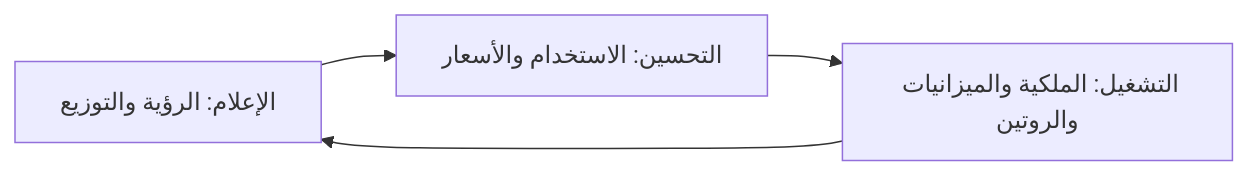
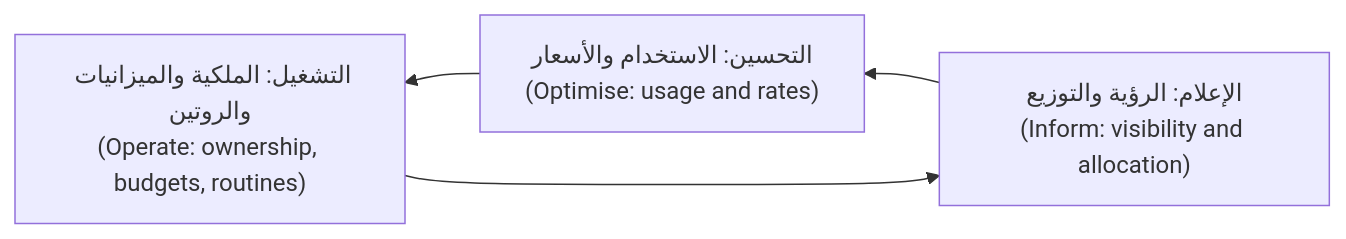
Before and after one commit to Tamoura/system-design-for-vibe-coders: the second of 3 diagrams in cloud/modules/06-scale.ar.md, drawn with Mermaid. The commit also changed other lines of this file and 20 other files, not shown here.

First line of the commit message:
New courses: Arabic diagrams read right-to-left with English labels (modules 0–6)

````diff
--- a/cloud/modules/06-scale.ar.md
+++ b/cloud/modules/06-scale.ar.md
@@ -302,6 +302,6 @@
 ```mermaid
-flowchart LR
-    I["الإعلام: الرؤية والتوزيع"] --> O["التحسين: الاستخدام والأسعار"]
-    O --> P["التشغيل: الملكية والميزانيات والروتين"]
+flowchart RL
+    I["الإعلام: الرؤية والتوزيع<br/>(Inform: visibility and allocation)"] --> O["التحسين: الاستخدام والأسعار<br/>(Optimise: usage and rates)"]
+    O --> P["التشغيل: الملكية والميزانيات والروتين<br/>(Operate: ownership, budgets, routines)"]
     P --> I
 ```
````
